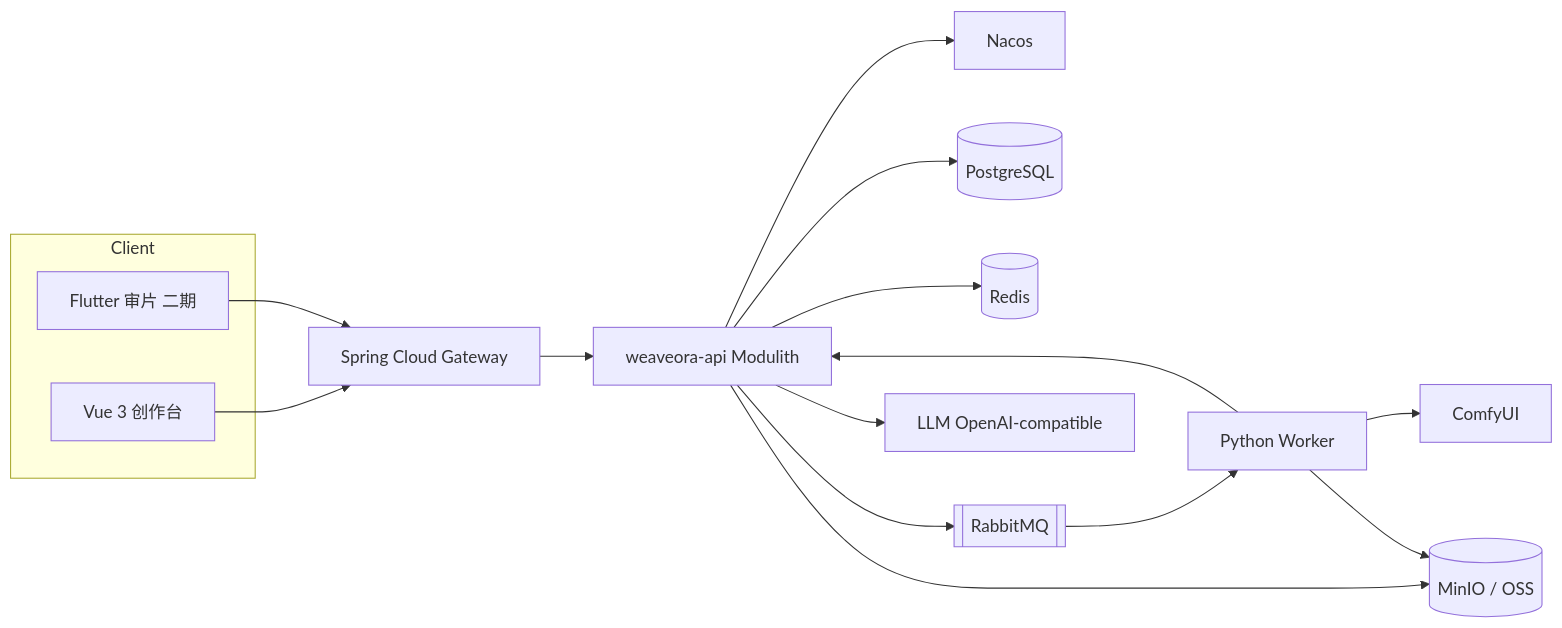
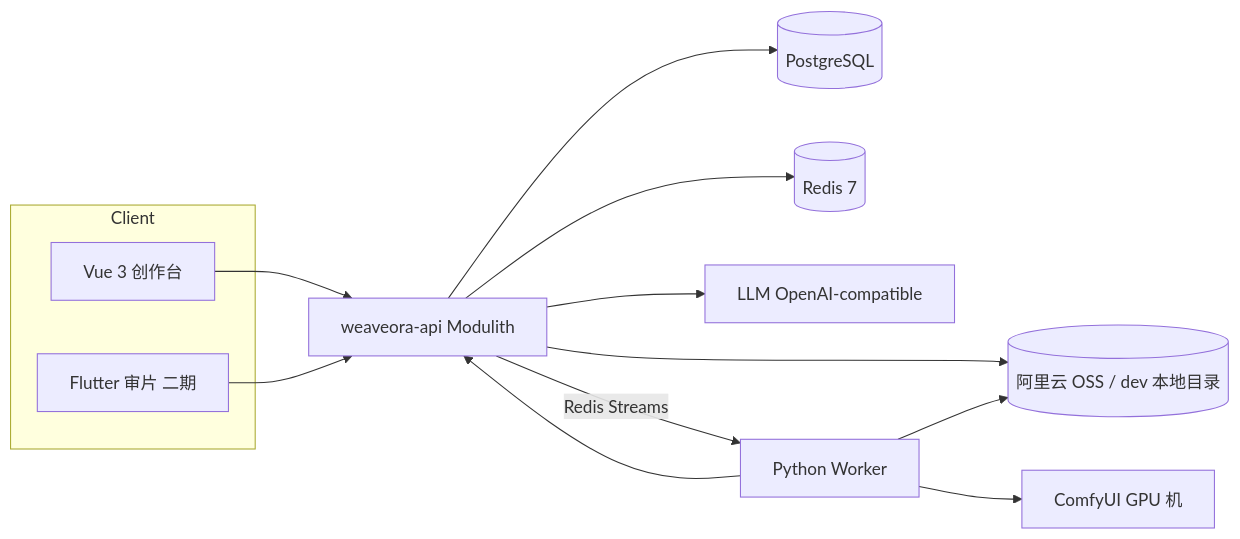
The fourth of 5 diagrams in Weaveora.md (sysou-com/Weaveora), drawn with Mermaid before and after one commit. The commit also changed other lines of this file, not shown here.

Commit message:
docs: Weaveora.md v1.3 — apply 7 confirmed rulings (Redis Streams, no Nacos/GW/Sentinel, Boot 3.4.5, local/OSS storage, simplified billing, single-dev milestones)

````diff
--- a/Weaveora.md
+++ b/Weaveora.md
@@ -1105,32 +1105,26 @@
 ```mermaid
 flowchart LR
   subgraph Client
     Vue[Vue 3 创作台]
     Flutter[Flutter 审片 二期]
   end
 
-  GW[Spring Cloud Gateway]
   API[weaveora-api  Modulith]
-  NACOS[Nacos]
   PG[(PostgreSQL)]
-  REDIS[(Redis)]
-  MQ[[RabbitMQ]]
-  OSS[(MinIO / OSS)]
+  REDIS[(Redis 7)]
+  OSS[(阿里云 OSS / dev 本地目录)]
   LLM[LLM OpenAI-compatible]
   WK[Python Worker]
-  COMFY[ComfyUI]
+  COMFY[ComfyUI GPU 机]
 
-  Vue --> GW
-  Flutter --> GW
-  GW --> API
-  API --> NACOS
+  Vue --> API
+  Flutter --> API
   API --> PG
   API --> REDIS
-  API --> MQ
   API --> OSS
   API --> LLM
-  MQ --> WK
+  API -->|Redis Streams| WK
   WK --> COMFY
   WK --> OSS
   WK --> API
 ```
````
